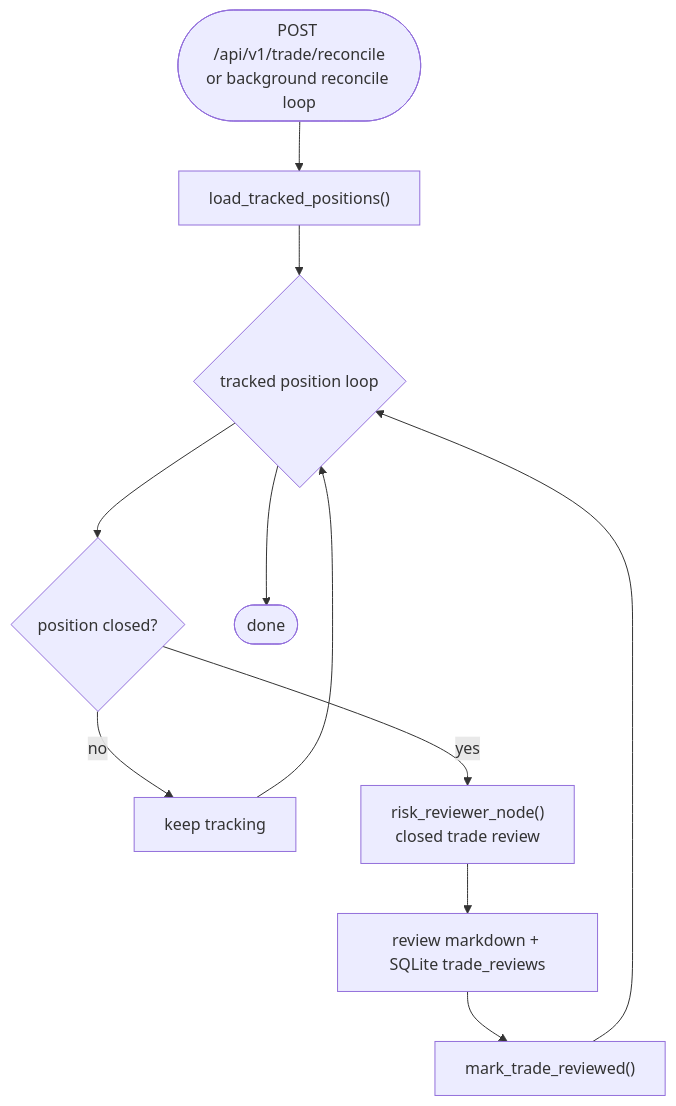
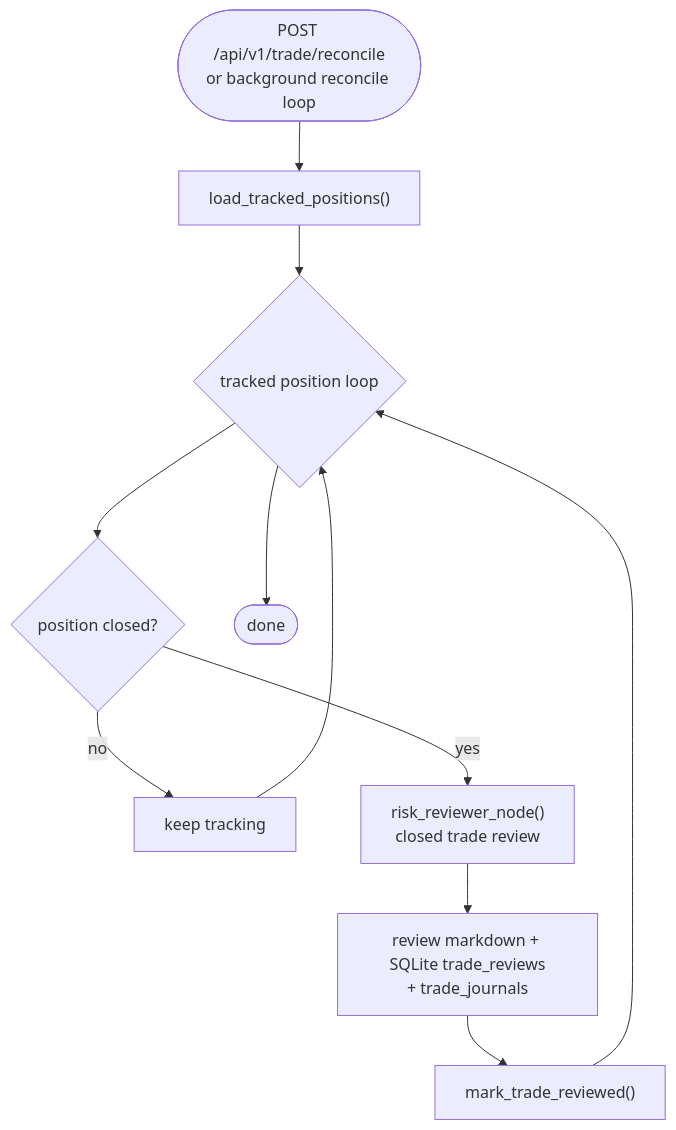
Before and after one commit to insung/agentic-trader: the third of 3 diagrams in docs/architecture/trading-execution-flow.md, drawn with Mermaid. The commit also changed other lines of this file and 17 other files, not shown here.

Commit message:
refactor trade review quality metrics

````diff
--- a/docs/architecture/trading-execution-flow.md
+++ b/docs/architecture/trading-execution-flow.md
@@ -114,13 +117,13 @@
 ```mermaid
 graph TD
     Start([POST /api/v1/trade/reconcile<br/>or background reconcile loop]) --> Load["load_tracked_positions()"]
     Load --> Loop{"tracked position loop"}
     Loop --> Check{"position closed?"}
     Check -->|no| Keep["keep tracking"]
     Check -->|yes| Review["risk_reviewer_node()<br/>closed trade review"]
-    Review --> Persist["review markdown + SQLite trade_reviews"]
+    Review --> Persist["review markdown + SQLite trade_reviews<br/>+ trade_journals"]
     Persist --> Mark["mark_trade_reviewed()"]
     Mark --> Loop
     Keep --> Loop
     Loop --> Done([done])
 ```
````
